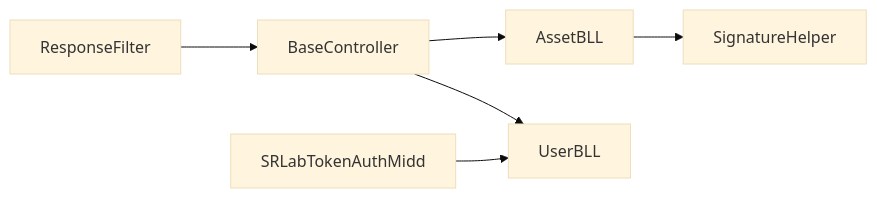
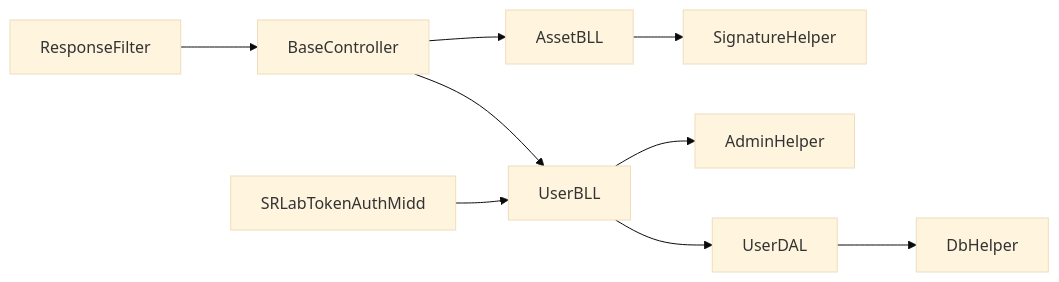
Before and after one commit to TinyMaD/SpeedRunnersLab: the ninth of 9 diagrams in .qoder/repowiki/zh/content/后端 API 服务/工具类库/安全加密工具.md, drawn with Mermaid (base theme). The commit also changed other lines of this file and 29 other files, not shown here.

````diff
--- a/.qoder/repowiki/zh/content/后端 API 服务/工具类库/安全加密工具.md
+++ b/.qoder/repowiki/zh/content/后端 API 服务/工具类库/安全加密工具.md
@@ -308,8 +415,11 @@
 ```mermaid
 graph LR
 Ctrl["BaseController"] --> BLL_A["AssetBLL"]
 Ctrl --> BLL_U["UserBLL"]
 BLL_A --> Sign["SignatureHelper"]
+BLL_U --> Perm["AdminHelper"]
+BLL_U --> DAL["UserDAL"]
+DAL --> Db["DbHelper"]
 MW["SRLabTokenAuthMidd"] --> BLL_U
 RF["ResponseFilter"] --> Ctrl
 ```
````
